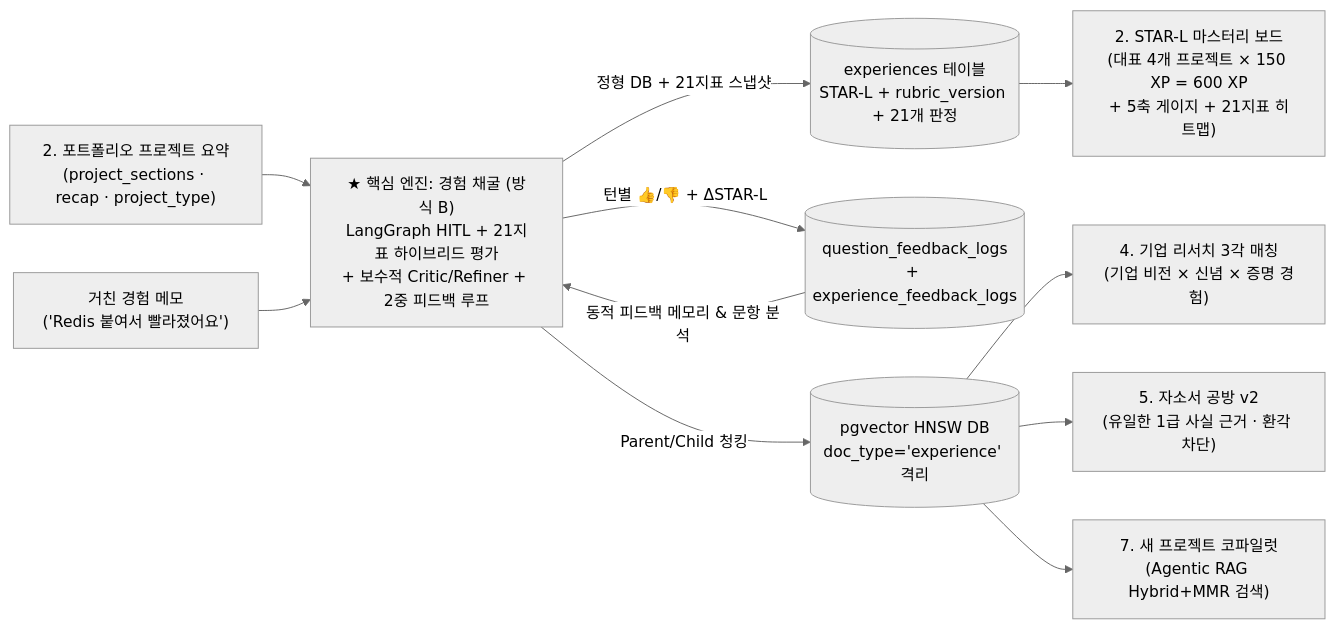
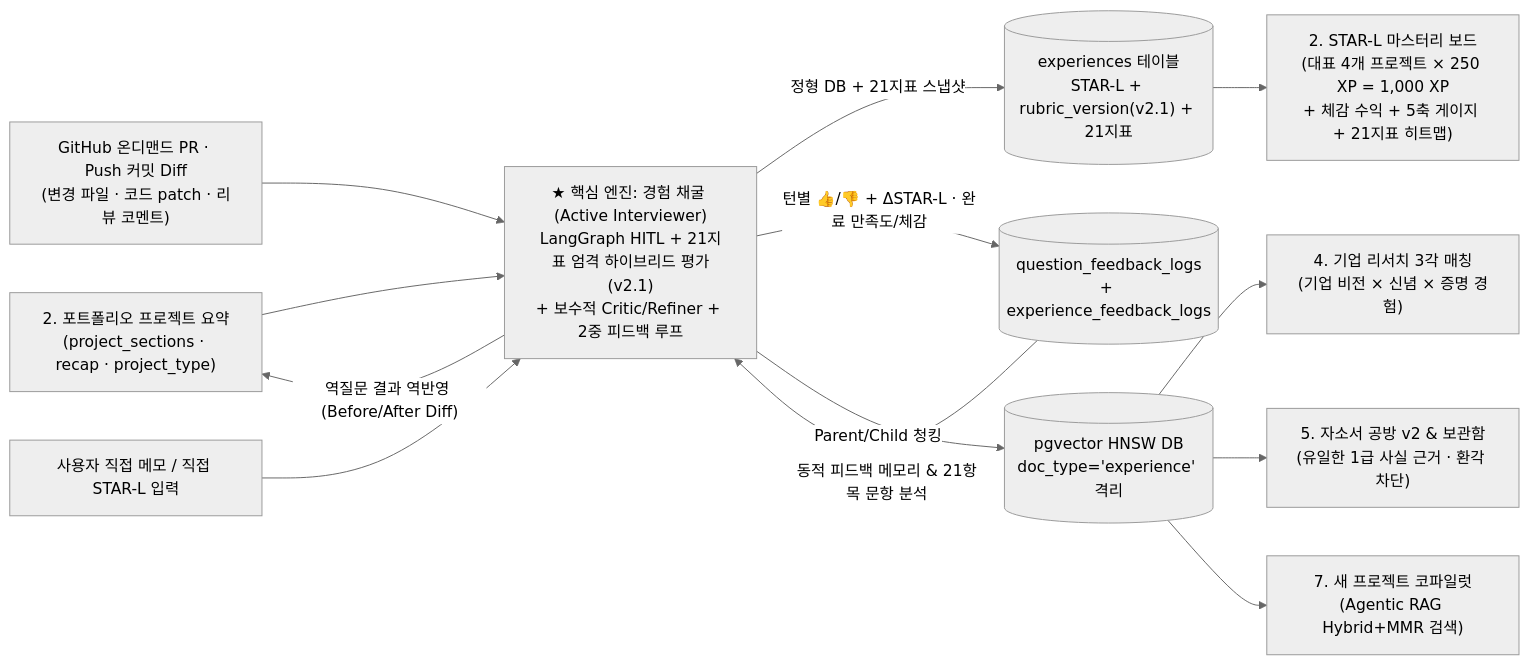
Before and after one commit to KASOP0306/write-on-vibe-lab: the first of 3 diagrams in EXPERIENCE_MINING_ARCHITECTURE.md, drawn with Mermaid (neutral theme). The commit also changed other lines of this file and 2 other files, not shown here.

Commit message:
docs: sync EXPERIENCE_MINING_ARCHITECTURE, README, and ARCHITECTURE with STAR-L v2.1, 1000 XP, and GitHub diff mining

````diff
--- a/EXPERIENCE_MINING_ARCHITECTURE.md
+++ b/EXPERIENCE_MINING_ARCHITECTURE.md
@@ -11,15 +11,17 @@
 ```mermaid
 flowchart LR
     PROJ["2. 포트폴리오 프로젝트 요약<br/>(project_sections · recap · project_type)"] --> CORE
-    RAW["거친 경험 메모<br/>('Redis 붙여서 빨라졌어요')"] --> CORE["★ 핵심 엔진: 경험 채굴 (방식 B)<br/>LangGraph HITL + 21지표 하이브리드 평가<br/>+ 보수적 Critic/Refiner + 2중 피드백 루프"]
+    GH["GitHub 온디맨드 PR · Push 커밋 Diff<br/>(변경 파일 · 코드 patch · 리뷰 코멘트)"] --> CORE
+    RAW["사용자 직접 메모 / 직접 STAR-L 입력"] --> CORE["★ 핵심 엔진: 경험 채굴 (Active Interviewer)<br/>LangGraph HITL + 21지표 엄격 하이브리드 평가(v2.1)<br/>+ 보수적 Critic/Refiner + 2중 피드백 루프"]
 
-    CORE -->|"정형 DB + 21지표 스냅샷"| EXP[("experiences 테이블<br/>STAR-L + rubric_version + 21개 판정")]
-    CORE -->|"턴별 👍/👎 + ΔSTAR-L"| QLOG[("question_feedback_logs<br/>+ experience_feedback_logs")]
-    QLOG -->|"동적 피드백 메모리 & 문항 분석"| CORE
+    CORE -->|"정형 DB + 21지표 스냅샷"| EXP[("experiences 테이블<br/>STAR-L + rubric_version(v2.1) + 21지표")]
+    CORE -->|"역질문 결과 역반영 (Before/After Diff)"| PROJ
+    CORE -->|"턴별 👍/👎 + ΔSTAR-L · 완료 만족도/체감"| QLOG[("question_feedback_logs<br/>+ experience_feedback_logs")]
+    QLOG -->|"동적 피드백 메모리 & 21항목 문항 분석"| CORE
     CORE -->|"Parent/Child 청킹"| VDB[("pgvector HNSW DB<br/>doc_type='experience' 격리")]
 
-    EXP --> PORT["2. STAR-L 마스터리 보드<br/>(대표 4개 프로젝트 × 150 XP = 600 XP<br/>+ 5축 게이지 + 21지표 히트맵)"]
+    EXP --> PORT["2. STAR-L 마스터리 보드<br/>(대표 4개 프로젝트 × 250 XP = 1,000 XP<br/>+ 체감 수익 + 5축 게이지 + 21지표 히트맵)"]
     VDB --> COMP["4. 기업 리서치 3각 매칭<br/>(기업 비전 × 신념 × 증명 경험)"]
-    VDB --> CL["5. 자소서 공방 v2<br/>(유일한 1급 사실 근거 · 환각 차단)"]
+    VDB --> CL["5. 자소서 공방 v2 & 보관함<br/>(유일한 1급 사실 근거 · 환각 차단)"]
     VDB --> COP["7. 새 프로젝트 코파일럿<br/>(Agentic RAG Hybrid+MMR 검색)"]
 ```
````
